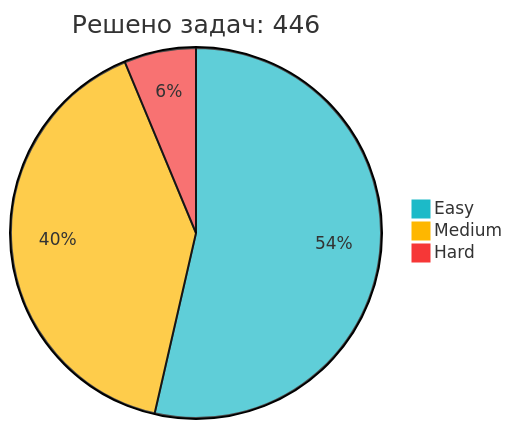
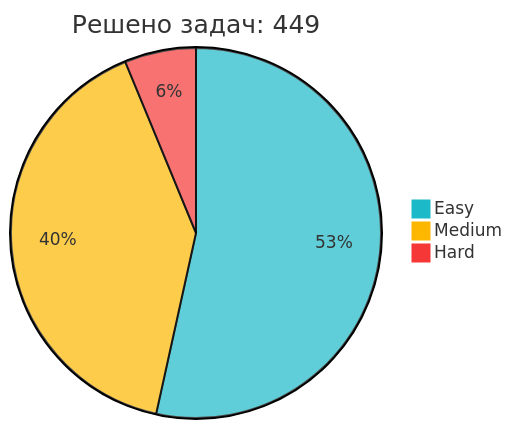
Before and after one commit to IliaKurdukov/IliaKurdukov: the diagram in README.md, drawn with Mermaid. The commit also changed other lines of this file, not shown here.

Commit message:
📈 Обновление статистики LeetCode

````diff
--- a/README.md
+++ b/README.md
@@ -51,7 +51,7 @@
 ```mermaid
 %%{init: {'theme': 'base', 'themeVariables': { 'pie1': '#1CBAC8', 'pie2': '#FEB700', 'pie3': '#F63737' }, 'config': {'width': 300, 'height': 200}}}%%
-pie title Решено задач: 446
-   "Easy" : 239
-   "Medium" : 179
+pie title Решено задач: 449
+   "Easy" : 240
+   "Medium" : 181
    "Hard" : 28
 ```
````
